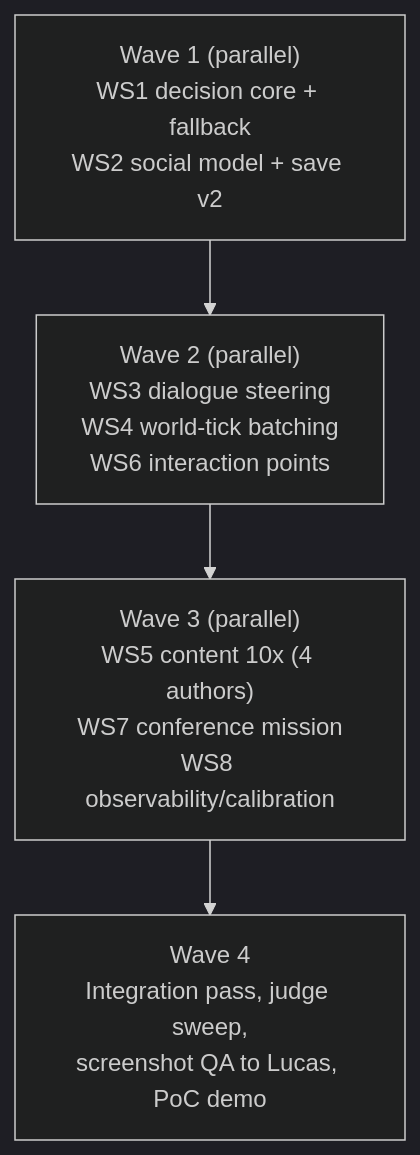
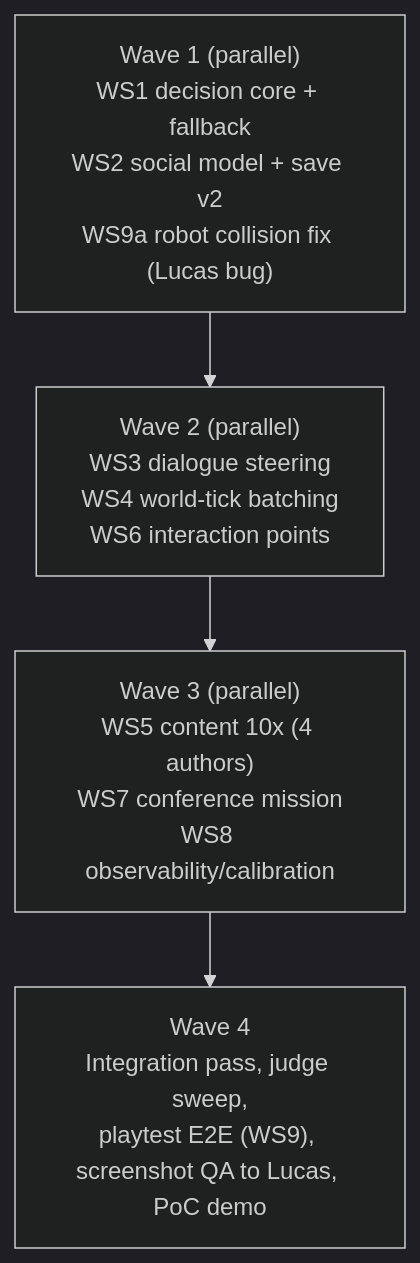
Before and after one commit to LucasMatuszewski/ai-trainer-simulator: the diagram in docs/plans/2026-09-28-jev-parallel-implementation.md, drawn with Mermaid (dark theme). The commit also changed other lines of this file and 3 other files, not shown here.

First line of the commit message:
docs(plans): playable-E2E workstream (WS9), robot collision fix (WS9a), review briefs

````diff
--- a/docs/plans/2026-09-28-jev-parallel-implementation.md
+++ b/docs/plans/2026-09-28-jev-parallel-implementation.md
@@ -30,6 +30,6 @@
 ```mermaid
 flowchart TD
-    W1["Wave 1 (parallel)\nWS1 decision core + fallback\nWS2 social model + save v2"] --> W2["Wave 2 (parallel)\nWS3 dialogue steering\nWS4 world-tick batching\nWS6 interaction points"]
+    W1["Wave 1 (parallel)\nWS1 decision core + fallback\nWS2 social model + save v2\nWS9a robot collision fix (Lucas bug)"] --> W2["Wave 2 (parallel)\nWS3 dialogue steering\nWS4 world-tick batching\nWS6 interaction points"]
     W2 --> W3["Wave 3 (parallel)\nWS5 content 10x (4 authors)\nWS7 conference mission\nWS8 observability/calibration"]
-    W3 --> W4["Wave 4\nIntegration pass, judge sweep,\nscreenshot QA to Lucas, PoC demo"]
+    W3 --> W4["Wave 4\nIntegration pass, judge sweep,\nplaytest E2E (WS9), screenshot QA to Lucas, PoC demo"]
 ```
````
